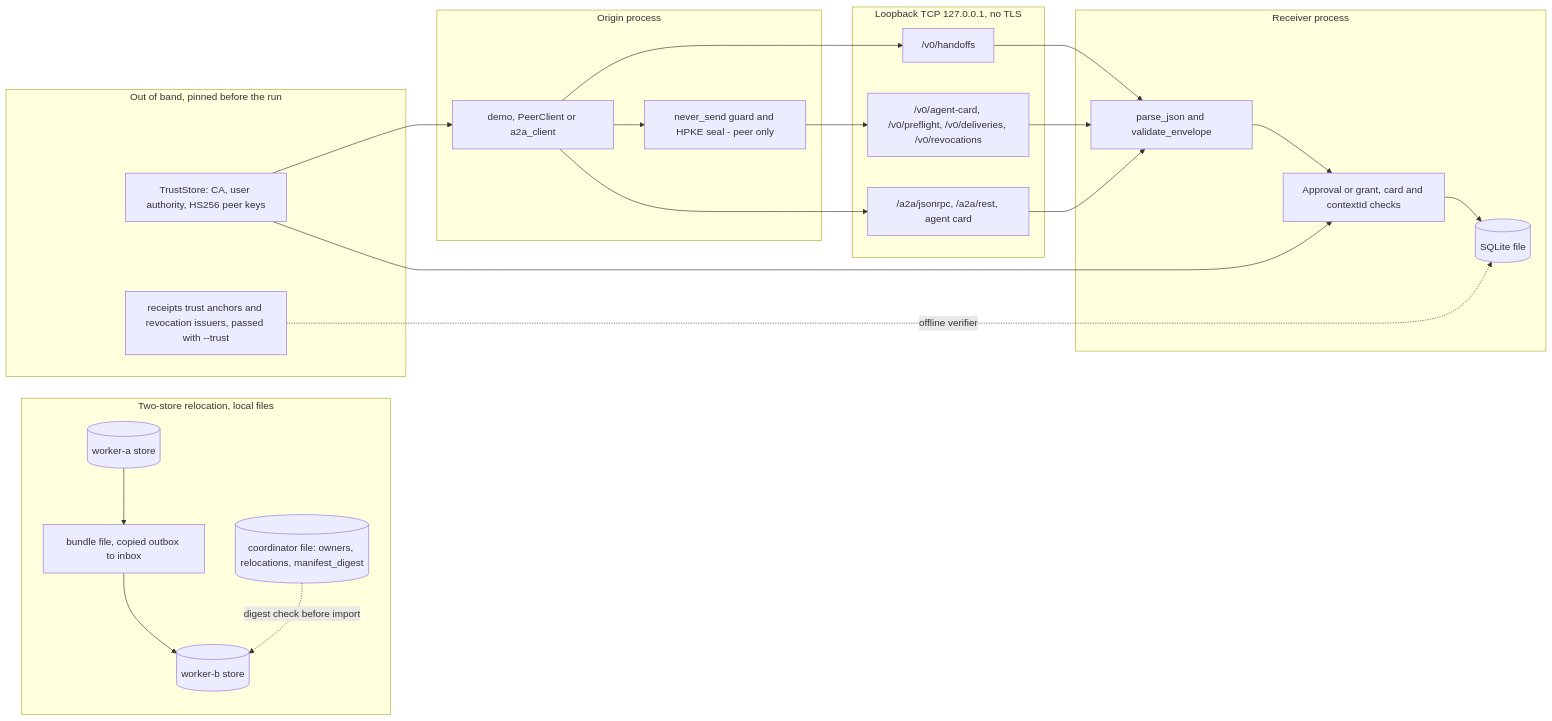
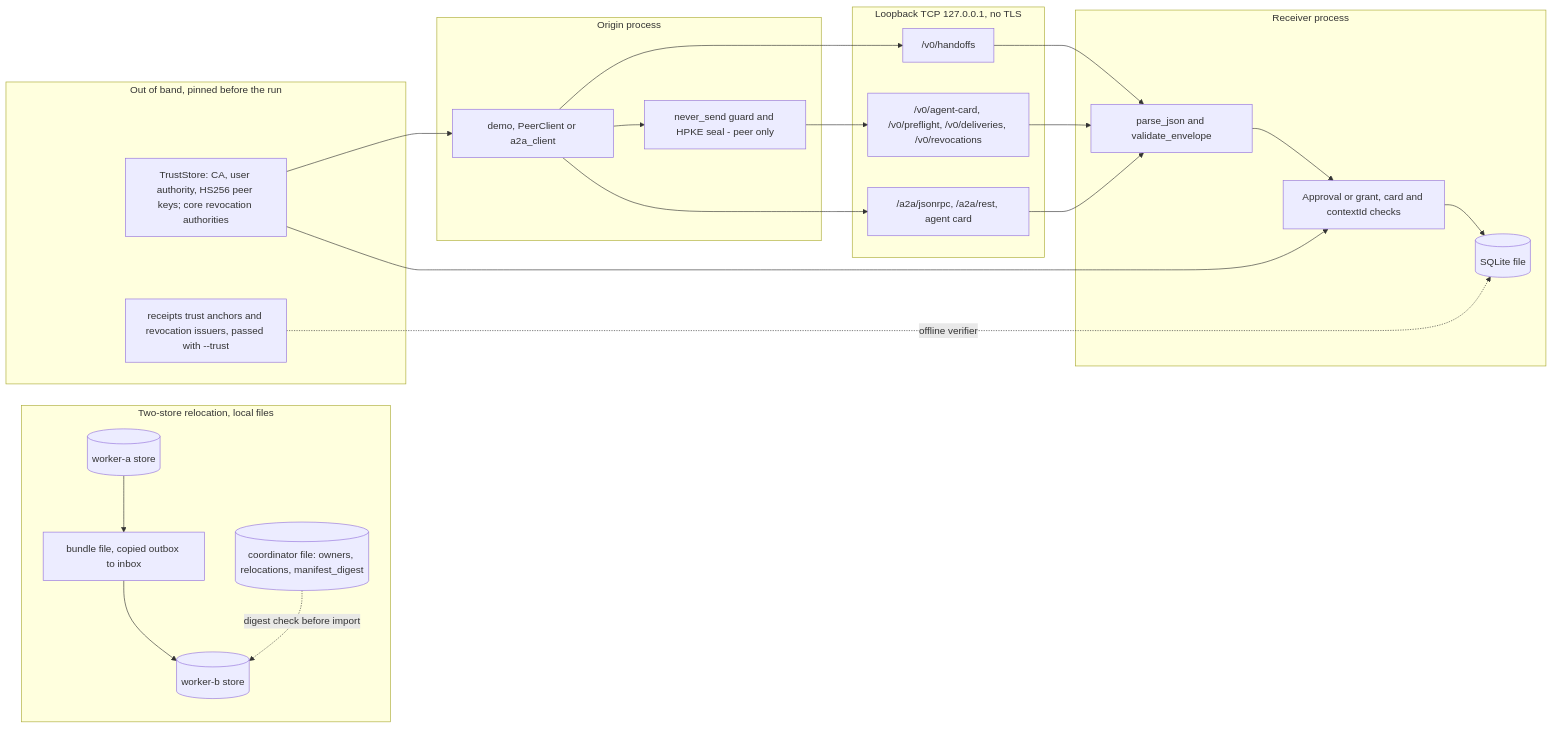
The tenth of 10 diagrams in docs/architecture.md (MSKazemi/agent-movement), drawn with Mermaid before and after one commit. The commit also changed other lines of this file and 2 other files, not shown here.

First line of the commit message:
docs: refresh architecture and package guide against dac5f62

````diff
--- a/docs/architecture.md
+++ b/docs/architecture.md
@@ -409,39 +437,39 @@
 ```mermaid
 flowchart LR
     subgraph ORIGIN["Origin process"]
         OC["demo, PeerClient or a2a_client"]
         GUARD["never_send guard and HPKE seal - peer only"]
     end
     subgraph LOOP["Loopback TCP 127.0.0.1, no TLS"]
         W1["/v0/handoffs"]
         W2["/v0/agent-card, /v0/preflight, /v0/deliveries, /v0/revocations"]
         W3["/a2a/jsonrpc, /a2a/rest, agent card"]
     end
     subgraph RECV["Receiver process"]
         VAL["parse_json and validate_envelope"]
         POL["Approval or grant, card and contextId checks"]
         STORE[("SQLite file")]
     end
     subgraph RELOC["Two-store relocation, local files"]
         SA[("worker-a store")]
         BUN["bundle file, copied outbox to inbox"]
         SB[("worker-b store")]
         AUTH[("coordinator file: owners, relocations, manifest_digest")]
     end
     subgraph OOB["Out of band, pinned before the run"]
-        TS["TrustStore: CA, user authority, HS256 peer keys"]
+        TS["TrustStore: CA, user authority, HS256 peer keys; core revocation authorities"]
         TA["receipts trust anchors and revocation issuers, passed with --trust"]
     end
     OC --> GUARD --> W2
     OC --> W1
     OC --> W3
     W1 --> VAL
     W2 --> VAL
     W3 --> VAL
     VAL --> POL --> STORE
     TS --> POL
     TS --> OC
     SA --> BUN --> SB
     AUTH -. "digest check before import" .-> SB
     TA -. offline verifier .-> STORE
 ```
````
